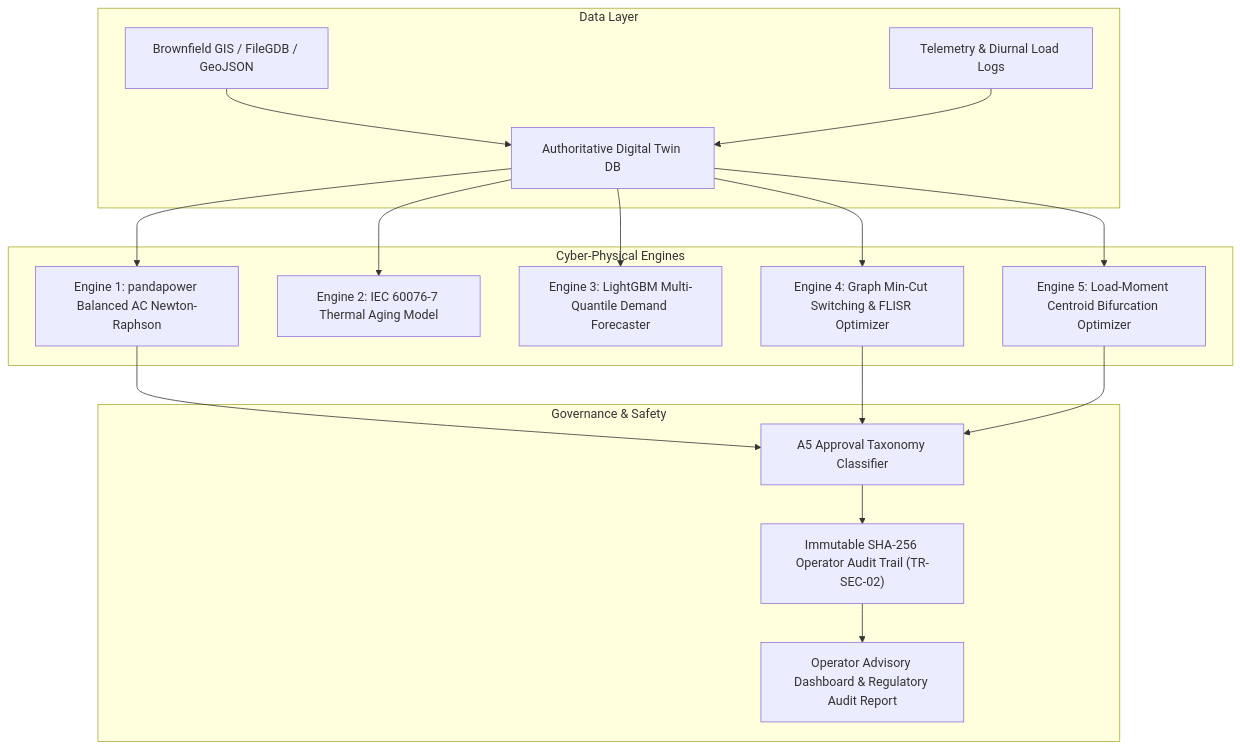
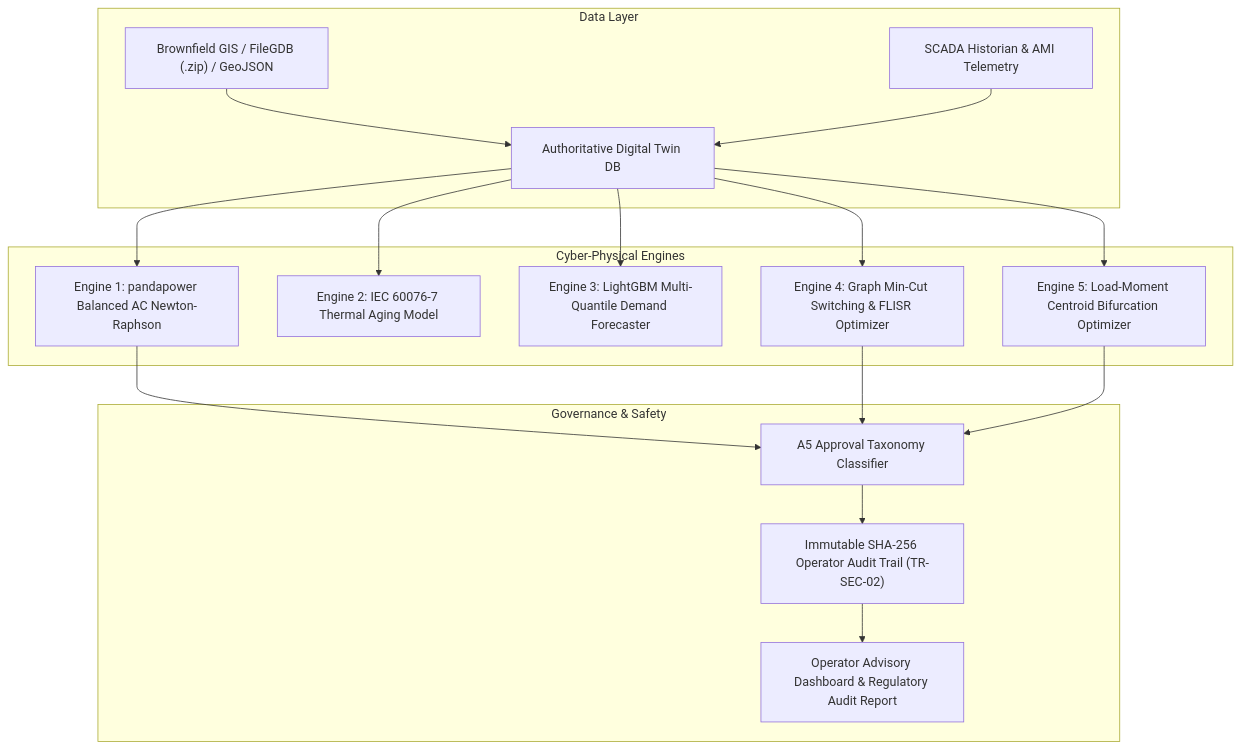
The first of 2 diagrams in MODEL_CARD.md (adityapande403/GridSense-AI), drawn with Mermaid before and after one commit. The commit also changed 19 other files, not shown here.

Commit message:
feat(ingest): add dual-pipeline GIS and SCADA ingestion layer with zero-dependency demo seed

````diff
--- a/MODEL_CARD.md
+++ b/MODEL_CARD.md
@@ -20,23 +20,23 @@
 ```mermaid
 flowchart TD
     subgraph Data Layer
-        GIS["Brownfield GIS / FileGDB / GeoJSON"] --> Twin["Authoritative Digital Twin DB"]
-        SCADA["Telemetry & Diurnal Load Logs"] --> Twin
+        GIS["Brownfield GIS / FileGDB (.zip) / GeoJSON"] --> Twin["Authoritative Digital Twin DB"]
+        SCADA["SCADA Historian & AMI Telemetry"] --> Twin
     end
 
     subgraph Cyber-Physical Engines
         Twin --> AC["Engine 1: pandapower Balanced AC Newton-Raphson"]
         Twin --> Therm["Engine 2: IEC 60076-7 Thermal Aging Model"]
         Twin --> GBDT["Engine 3: LightGBM Multi-Quantile Demand Forecaster"]
         Twin --> FLISR["Engine 4: Graph Min-Cut Switching & FLISR Optimizer"]
         Twin --> CAPEX["Engine 5: Load-Moment Centroid Bifurcation Optimizer"]
     end
 
     subgraph Governance & Safety
         AC --> A5["A5 Approval Taxonomy Classifier"]
         FLISR --> A5
         CAPEX --> A5
         A5 --> Ledger["Immutable SHA-256 Operator Audit Trail (TR-SEC-02)"]
         Ledger --> UI["Operator Advisory Dashboard & Regulatory Audit Report"]
     end
 ```
````
